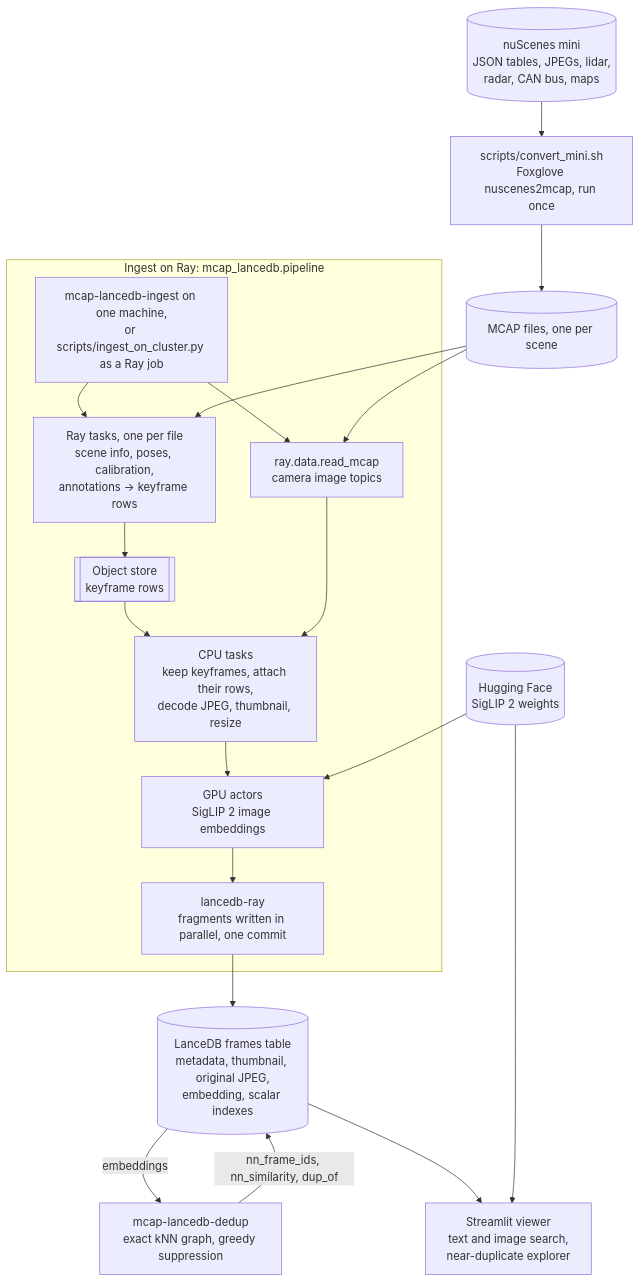
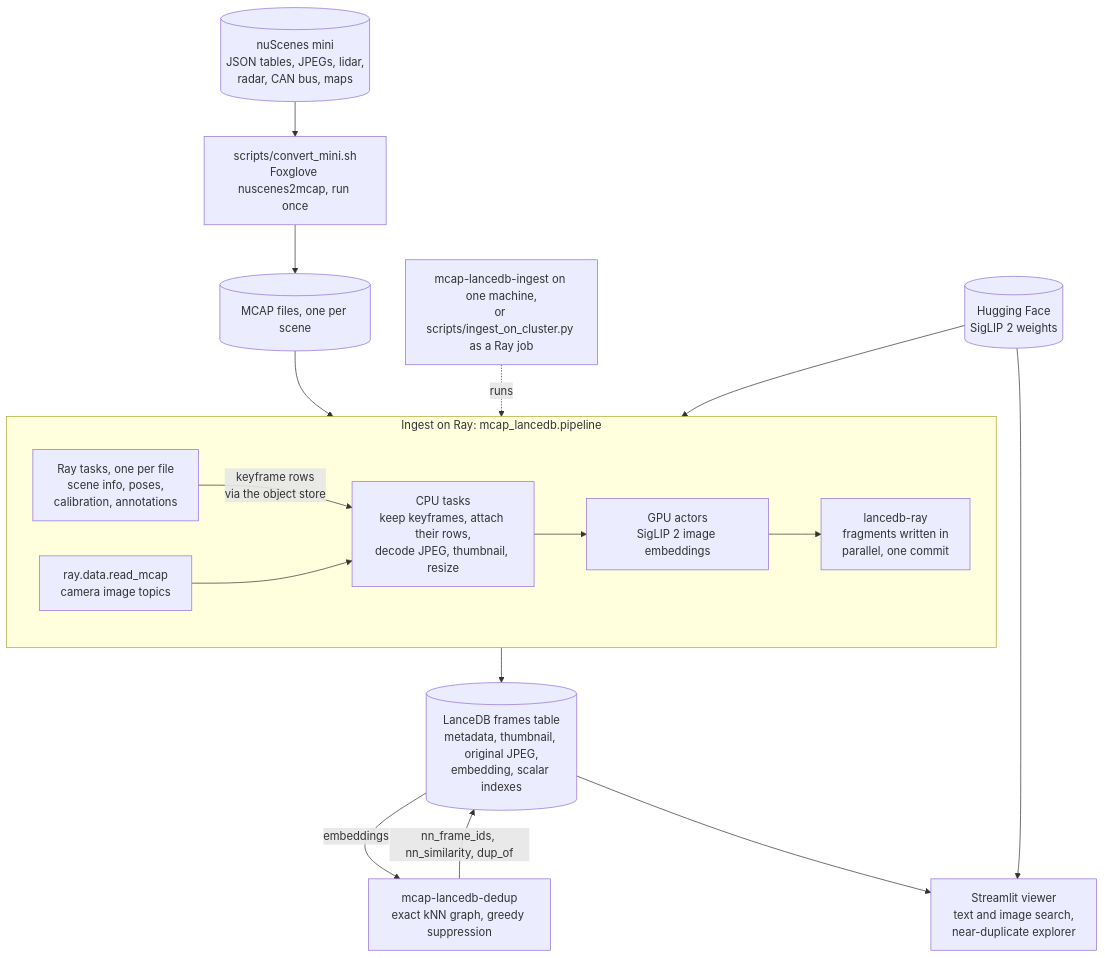
One commit to justinrmiller/mcap-lancedb changed the diagram in README.md. Above: the diagram before and after it, drawn with Mermaid. The commit also changed other lines of this file and 5 other files, not shown here.

First line of the commit message:
Harden the cluster job; draw the ingest pipeline left to right

````diff
--- a/README.md
+++ b/README.md
@@ -324,32 +324,33 @@
 ```mermaid
 flowchart TB
     raw[("nuScenes mini<br/>JSON tables, JPEGs, lidar,<br/>radar, CAN bus, maps")]
     convert["scripts/convert_mini.sh<br/>Foxglove nuscenes2mcap, run once"]
     mcap[("MCAP files, one per scene")]
+    entry["mcap-lancedb-ingest on one machine,<br/>or scripts/ingest_on_cluster.py as a Ray job"]
+    hf[("Hugging Face<br/>SigLIP 2 weights")]
     raw --> convert --> mcap
 
     subgraph ingest["Ingest on Ray: mcap_lancedb.pipeline"]
-        entry["mcap-lancedb-ingest on one machine,<br/>or scripts/ingest_on_cluster.py as a Ray job"]
-        meta["Ray tasks, one per file<br/>scene info, poses, calibration,<br/>annotations → keyframe rows"]
+        direction LR
+        meta["Ray tasks, one per file<br/>scene info, poses,<br/>calibration, annotations"]
         read["ray.data.read_mcap<br/>camera image topics"]
-        store[["Object store<br/>keyframe rows"]]
         decode["CPU tasks<br/>keep keyframes, attach their rows,<br/>decode JPEG, thumbnail, resize"]
         embed["GPU actors<br/>SigLIP 2 image embeddings"]
-        write["lancedb-ray<br/>fragments written in parallel, one commit"]
-        entry --> meta & read
-        meta --> store --> decode
+        write["lancedb-ray<br/>fragments written in<br/>parallel, one commit"]
+        meta -- "keyframe rows<br/>via the object store" --> decode
         read --> decode --> embed --> write
     end
 
-    mcap --> meta & read
-    hf[("Hugging Face<br/>SigLIP 2 weights")] --> embed
+    mcap --> ingest
+    entry -. runs .-> ingest
+    hf --> ingest
     frames[("LanceDB frames table<br/>metadata, thumbnail, original JPEG,<br/>embedding, scalar indexes")]
-    write --> frames
+    ingest --> frames
 
     dedup["mcap-lancedb-dedup<br/>exact kNN graph, greedy suppression"]
     viewer["Streamlit viewer<br/>text and image search,<br/>near-duplicate explorer"]
     frames -- embeddings --> dedup
     dedup -- "nn_frame_ids, nn_similarity, dup_of" --> frames
     frames --> viewer
     hf --> viewer
 ```
````
